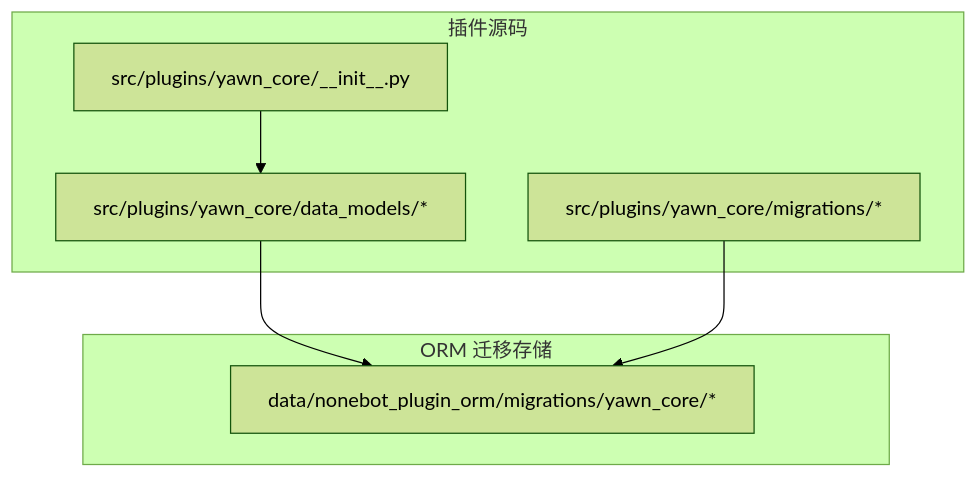
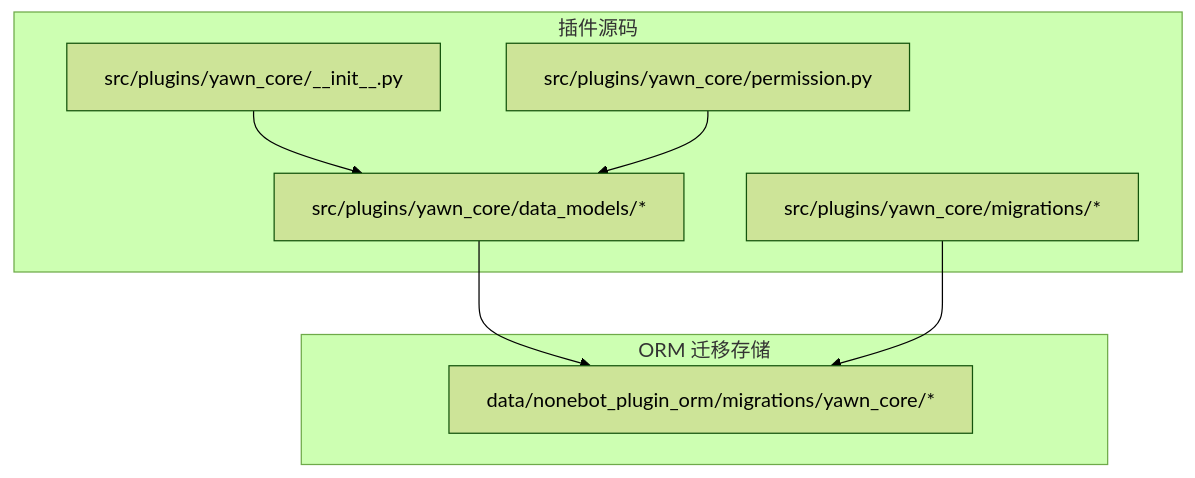
The first of 6 diagrams in .qoder/repowiki/zh/content/数据库迁移.md (Wohaokunr/yawn_bot), drawn with Mermaid (forest theme) before and after one commit. The commit also changed other lines of this file and 14 other files, not shown here.

First line of the commit message:
feat(yawn_core): 新增三级权限控制系统

````diff
--- a/.qoder/repowiki/zh/content/数据库迁移.md
+++ b/.qoder/repowiki/zh/content/数据库迁移.md
@@ -50,14 +63,16 @@
 ```mermaid
 graph TB
 subgraph "插件源码"
 A["src/plugins/yawn_core/__init__.py"]
 B["src/plugins/yawn_core/data_models/*"]
 C["src/plugins/yawn_core/migrations/*"]
+D["src/plugins/yawn_core/permission.py"]
 end
 subgraph "ORM 迁移存储"
-D["data/nonebot_plugin_orm/migrations/yawn_core/*"]
+E["data/nonebot_plugin_orm/migrations/yawn_core/*"]
 end
 A --> B
-B --> D
-C --> D
+B --> E
+C --> E
+D --> B
 ```
````
